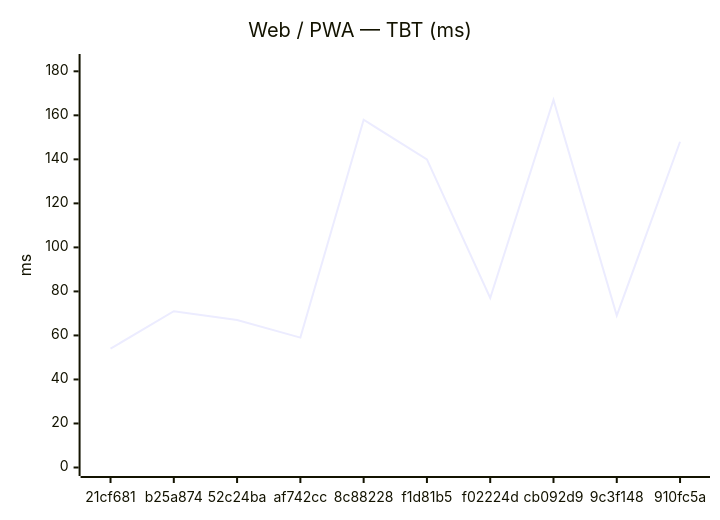
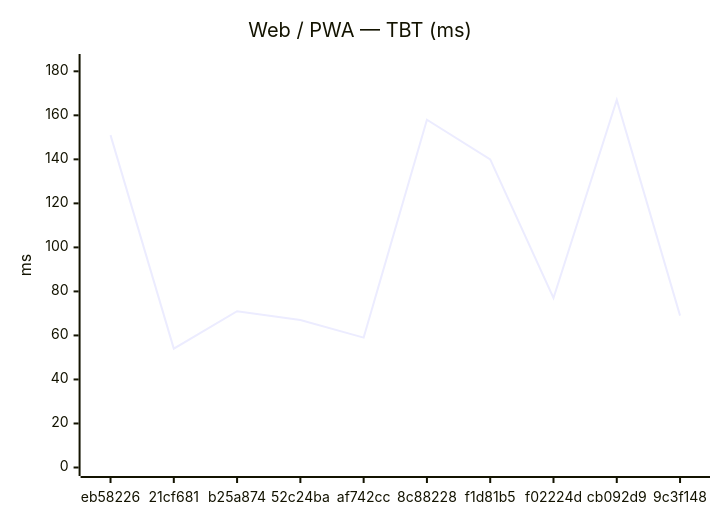
One commit to Metaheurist/Rianell changed the second of 18 diagrams in benchmarks/compare.md. Above: the diagram before and after it, drawn with Mermaid. The commit also changed other lines of this file and 11 other files, not shown here.

````diff
--- a/benchmarks/compare.md
+++ b/benchmarks/compare.md
@@ -31,7 +31,7 @@
 ```mermaid
 xychart-beta
     title "Web / PWA — TBT (ms)"
-    x-axis ["21cf681", "b25a874", "52c24ba", "af742cc", "8c88228", "f1d81b5", "f02224d", "cb092d9", "9c3f148", "910fc5a"]
+    x-axis ["eb58226", "21cf681", "b25a874", "52c24ba", "af742cc", "8c88228", "f1d81b5", "f02224d", "cb092d9", "9c3f148"]
     y-axis "ms" 0 --> 184
-    line [54, 71, 67, 59, 158, 140, 77, 167, 69, 148]
+    line [151, 54, 71, 67, 59, 158, 140, 77, 167, 69]
 ```
````
